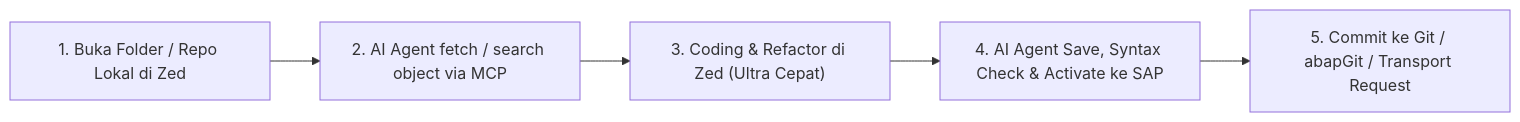
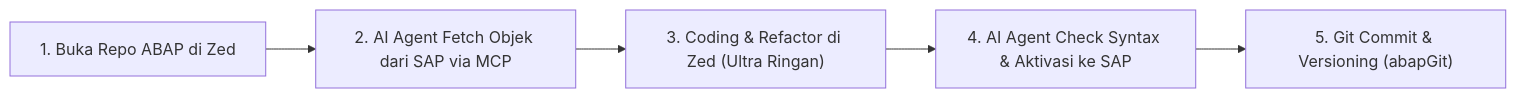
The diagram in README.md (ghanda-syah/zed-ext-sap-abap), drawn with Mermaid before and after one commit. The commit also changed other lines of this file and 2 other files, not shown here.

````diff
--- a/README.md
+++ b/README.md
@@ -34,7 +47,7 @@
 ```mermaid
 flowchart LR
-    A["1. Buka Folder / Repo Lokal di Zed"] --> B["2. AI Agent fetch / search object via MCP"]
-    B --> C["3. Coding & Refactor di Zed (Ultra Cepat)"]
-    C --> D["4. AI Agent Save, Syntax Check & Activate ke SAP"]
-    D --> E["5. Commit ke Git / abapGit / Transport Request"]
+    A["1. Buka Repo ABAP di Zed"] --> B["2. AI Agent Fetch Objek dari SAP via MCP"]
+    B --> C["3. Coding & Refactor di Zed (Ultra Ringan)"]
+    C --> D["4. AI Agent Check Syntax & Aktivasi ke SAP"]
+    D --> E["5. Git Commit & Versioning (abapGit)"]
 ```
````
